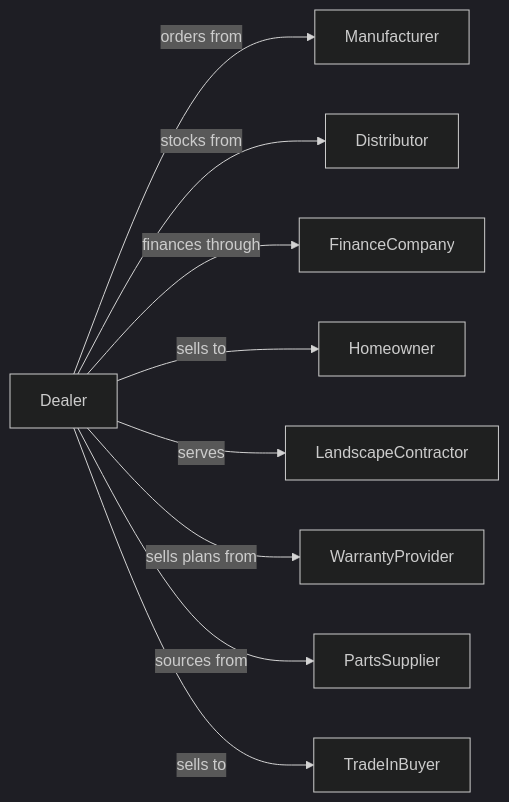
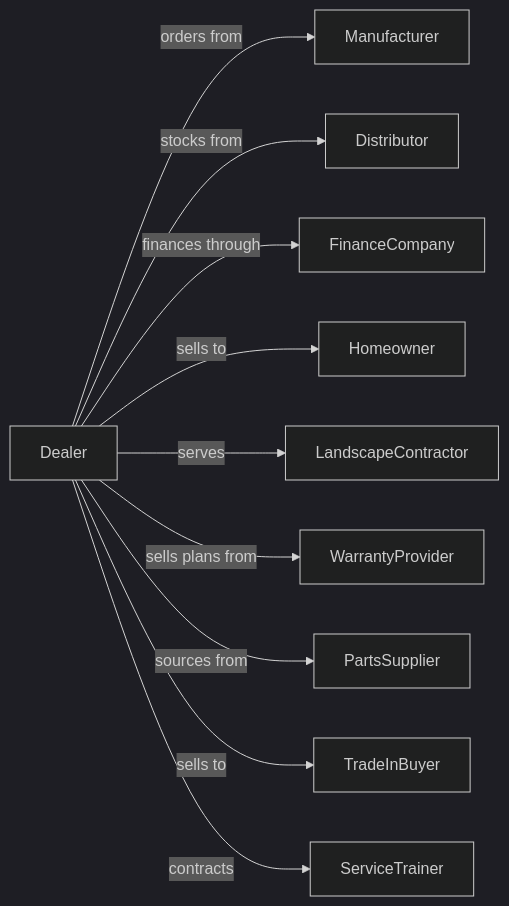
The second of 2 diagrams in RetailTrade/BuildingMaterialAndGardenEquipmentAndSuppliesDealers/LawnAndGardenEquipmentAndSuppliesRetailers/OutdoorPowerEquipmentRetailers.mdx (dot-org-ai/industries.org.ai), drawn with Mermaid (dark theme) before and after one commit. The commit also changed 588 other files, not shown here.

````diff
--- a/RetailTrade/BuildingMaterialAndGardenEquipmentAndSuppliesDealers/LawnAndGardenEquipmentAndSuppliesRetailers/OutdoorPowerEquipmentRetailers.mdx
+++ b/RetailTrade/BuildingMaterialAndGardenEquipmentAndSuppliesDealers/LawnAndGardenEquipmentAndSuppliesRetailers/OutdoorPowerEquipmentRetailers.mdx
@@ -133,13 +133,14 @@
 ```mermaid
 graph LR
     D[Dealer]
 
     D -->|orders from| Manufacturer
     D -->|stocks from| Distributor
     D -->|finances through| FinanceCompany
     D -->|sells to| Homeowner
     D -->|serves| LandscapeContractor
     D -->|sells plans from| WarrantyProvider
     D -->|sources from| PartsSupplier
     D -->|sells to| TradeInBuyer
+    D -->|contracts| ServiceTrainer
 ```
````
